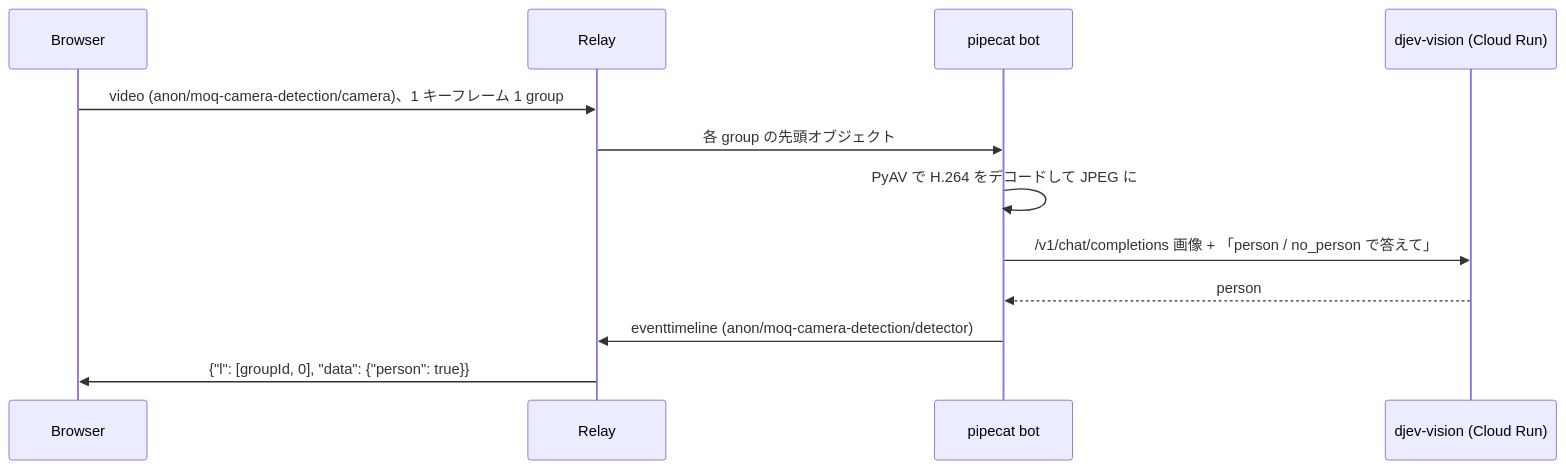
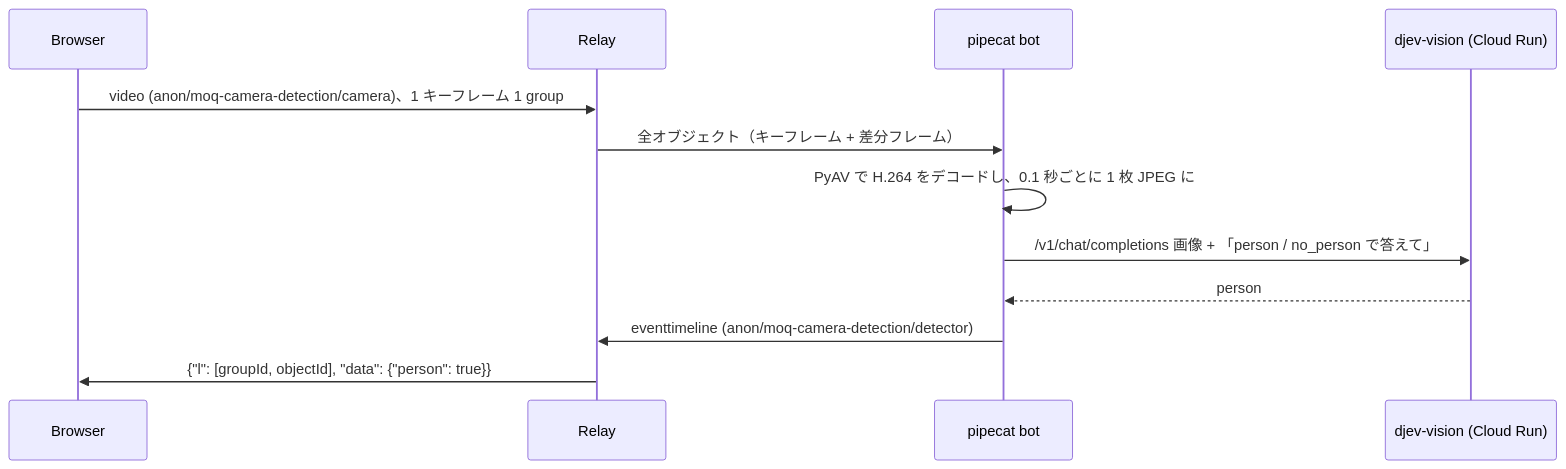
The diagram in examples/python/moq-camera-detection/README.md (nttcom/moq-wasm), drawn with Mermaid before and after one commit. The commit also changed other lines of this file and 10 other files, not shown here.

````diff
--- a/examples/python/moq-camera-detection/README.md
+++ b/examples/python/moq-camera-detection/README.md
@@ -7,14 +7,14 @@
 ```mermaid
 sequenceDiagram
     participant B as Browser
     participant R as Relay
     participant P as pipecat bot
     participant D as djev-vision (Cloud Run)
     B->>R: video (anon/moq-camera-detection/camera)、1 キーフレーム 1 group
-    R->>P: 各 group の先頭オブジェクト
-    P->>P: PyAV で H.264 をデコードして JPEG に
+    R->>P: 全オブジェクト（キーフレーム + 差分フレーム）
+    P->>P: PyAV で H.264 をデコードし、0.1 秒ごとに 1 枚 JPEG に
     P->>D: /v1/chat/completions 画像 + 「person / no_person で答えて」
     D-->>P: person
     P->>R: eventtimeline (anon/moq-camera-detection/detector)
-    R->>B: {"l": [groupId, 0], "data": {"person": true}}
+    R->>B: {"l": [groupId, objectId], "data": {"person": true}}
 ```
````
